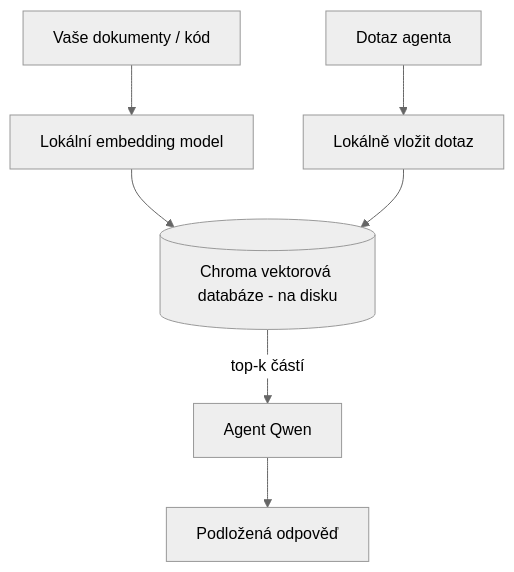
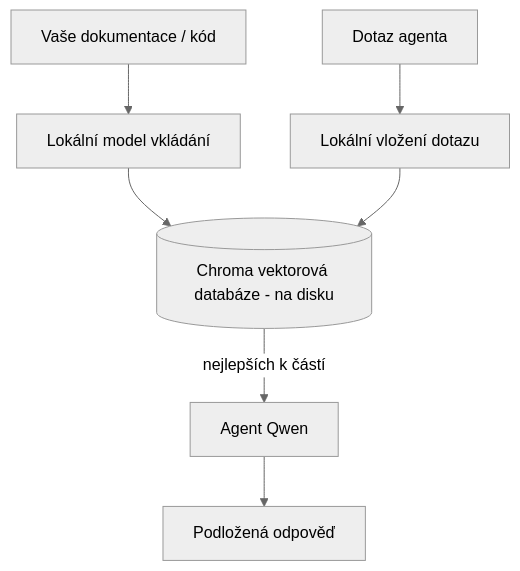
One commit to microsoft/ai-agents-for-beginners changed the third of 4 diagrams in translations/cs/17-creating-local-ai-agents/README.md. Above: the diagram before and after it, drawn with Mermaid (neutral theme). The commit also changed other lines of this file and 47 other files, not shown here.

````diff
--- a/translations/cs/17-creating-local-ai-agents/README.md
+++ b/translations/cs/17-creating-local-ai-agents/README.md
@@ -125,9 +125,9 @@
 ```mermaid
 flowchart TB
-    D[Vaše dokumenty / kód] --> E[Lokální embedding model]
+    D[Vaše dokumentace / kód] --> E[Lokální model vkládání]
     E --> V[(Chroma vektorová databáze - na disku)]
-    Q[Dotaz agenta] --> QE[Lokálně vložit dotaz]
+    Q[Dotaz agenta] --> QE[Lokální vložení dotazu]
     QE --> V
-    V -->|top-k částí| A[Agent Qwen]
+    V -->|nejlepších k částí| A[Agent Qwen]
     A --> Ans[Podložená odpověď]
 ```
````
